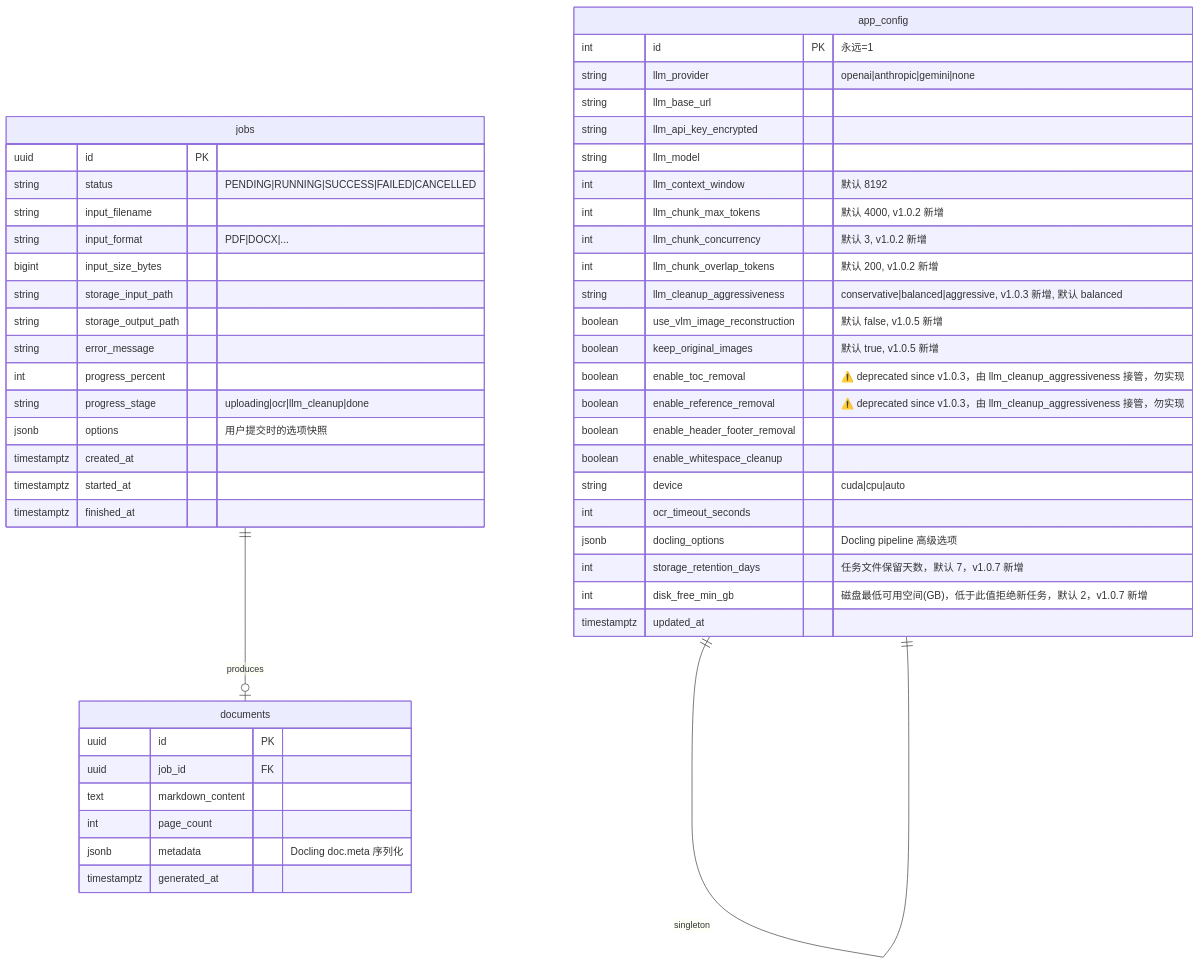
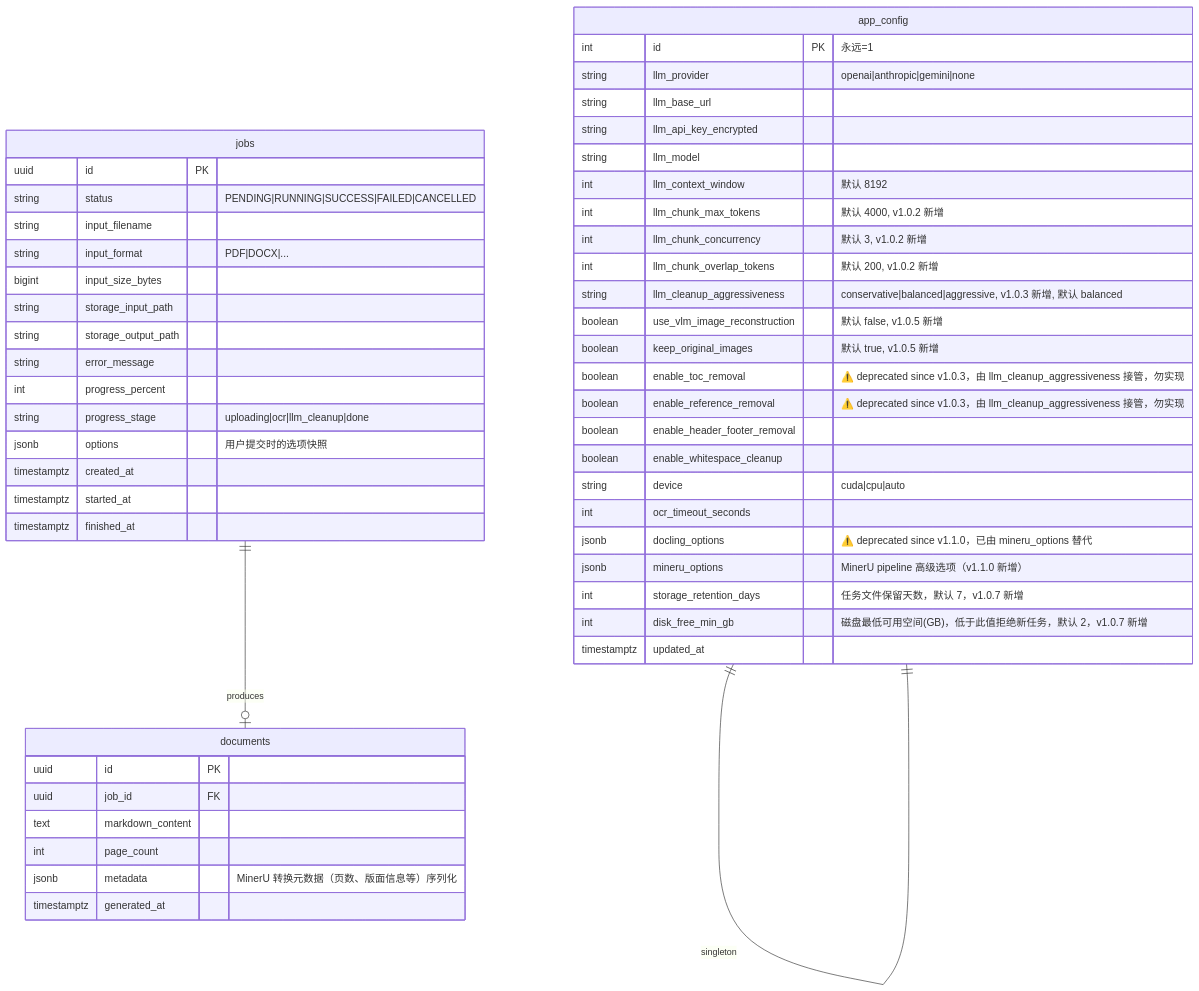
The first of 2 diagrams in docs/superpowers/specs/2026-06-12-doc2md-design.md (zx2015/doc2md), drawn with Mermaid before and after one commit. The commit also changed other lines of this file and 2 other files, not shown here.

First line of the commit message:
docs: sync all documentation from Docling to MinerU (v1.1.0)

````diff
--- a/docs/superpowers/specs/2026-06-12-doc2md-design.md
+++ b/docs/superpowers/specs/2026-06-12-doc2md-design.md
@@ -119,56 +120,57 @@
 ```mermaid
 erDiagram
     jobs ||--o| documents : produces
     app_config ||--|| app_config : singleton
 
     jobs {
         uuid id PK
         string status "PENDING|RUNNING|SUCCESS|FAILED|CANCELLED"
         string input_filename
         string input_format "PDF|DOCX|..."
         bigint input_size_bytes
         string storage_input_path
         string storage_output_path
         string error_message
         int progress_percent
         string progress_stage "uploading|ocr|llm_cleanup|done"
         jsonb options "用户提交时的选项快照"
         timestamptz created_at
         timestamptz started_at
         timestamptz finished_at
     }
 
     documents {
         uuid id PK
         uuid job_id FK
         text markdown_content
         int page_count
-        jsonb metadata "Docling doc.meta 序列化"
+        jsonb metadata "MinerU 转换元数据（页数、版面信息等）序列化"
         timestamptz generated_at
     }
 
     app_config {
         int id PK "永远=1"
         string llm_provider "openai|anthropic|gemini|none"
         string llm_base_url
         string llm_api_key_encrypted
         string llm_model
         int llm_context_window "默认 8192"
         int llm_chunk_max_tokens "默认 4000, v1.0.2 新增"
         int llm_chunk_concurrency "默认 3, v1.0.2 新增"
         int llm_chunk_overlap_tokens "默认 200, v1.0.2 新增"
         string llm_cleanup_aggressiveness "conservative|balanced|aggressive, v1.0.3 新增, 默认 balanced"
         boolean use_vlm_image_reconstruction "默认 false, v1.0.5 新增"
         boolean keep_original_images "默认 true, v1.0.5 新增"
         boolean enable_toc_removal "⚠️ deprecated since v1.0.3，由 llm_cleanup_aggressiveness 接管，勿实现"
         boolean enable_reference_removal "⚠️ deprecated since v1.0.3，由 llm_cleanup_aggressiveness 接管，勿实现"
         boolean enable_header_footer_removal
         boolean enable_whitespace_cleanup
         string device "cuda|cpu|auto"
         int ocr_timeout_seconds
-        jsonb docling_options "Docling pipeline 高级选项"
+        jsonb docling_options "⚠️ deprecated since v1.1.0，已由 mineru_options 替代"
+        jsonb mineru_options "MinerU pipeline 高级选项（v1.1.0 新增）"
         int storage_retention_days "任务文件保留天数，默认 7，v1.0.7 新增"
         int disk_free_min_gb "磁盘最低可用空间(GB)，低于此值拒绝新任务，默认 2，v1.0.7 新增"
         timestamptz updated_at
     }
 ```
````
